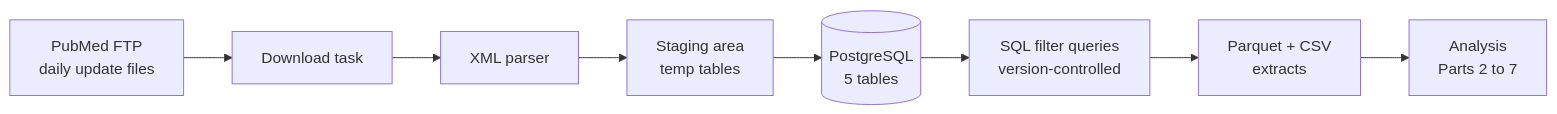
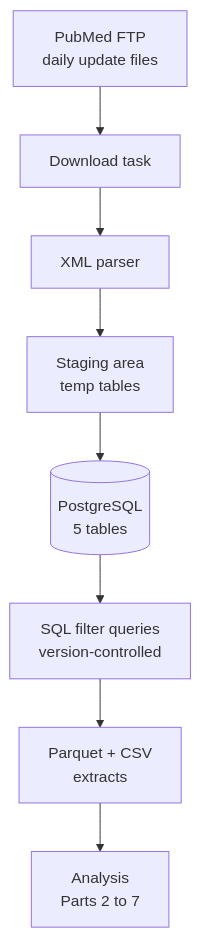
One commit to msubratcs/msubratcs.github.io changed the diagram in _posts/2026-04-09-cf-research-network-analysis-part1-data-pipeline.md. Above: the diagram before and after it, drawn with Mermaid. The commit also changed 1 other file, not shown here.

Commit message:
Fix Mermaid diagram clipping with SVG scaling rule and TD layout

````diff
--- a/_posts/2026-04-09-cf-research-network-analysis-part1-data-pipeline.md
+++ b/_posts/2026-04-09-cf-research-network-analysis-part1-data-pipeline.md
@@ -55,10 +55,10 @@
 ```mermaid
-flowchart LR
+flowchart TD
     A[PubMed FTP<br/>daily update files] --> B[Download task]
     B --> C[XML parser]
     C --> D[Staging area<br/>temp tables]
     D --> E[(PostgreSQL<br/>5 tables)]
     E --> F[SQL filter queries<br/>version-controlled]
     F --> G[Parquet + CSV<br/>extracts]
     G --> H[Analysis<br/>Parts 2 to 7]
 ```
````
